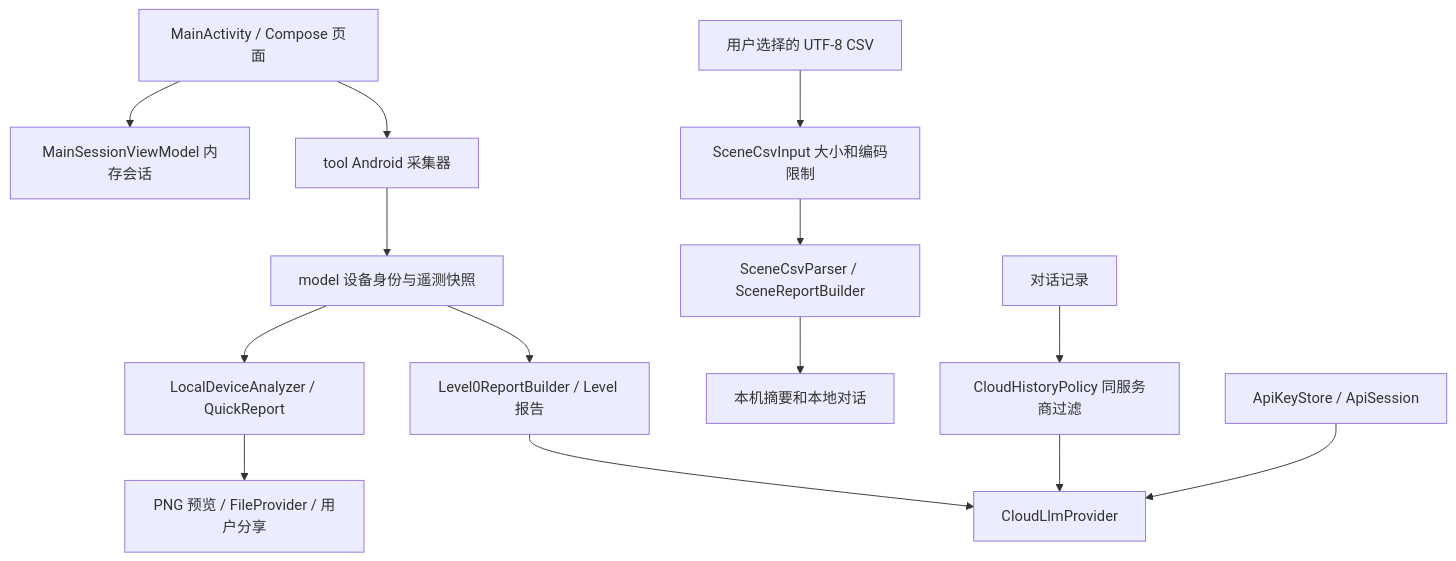
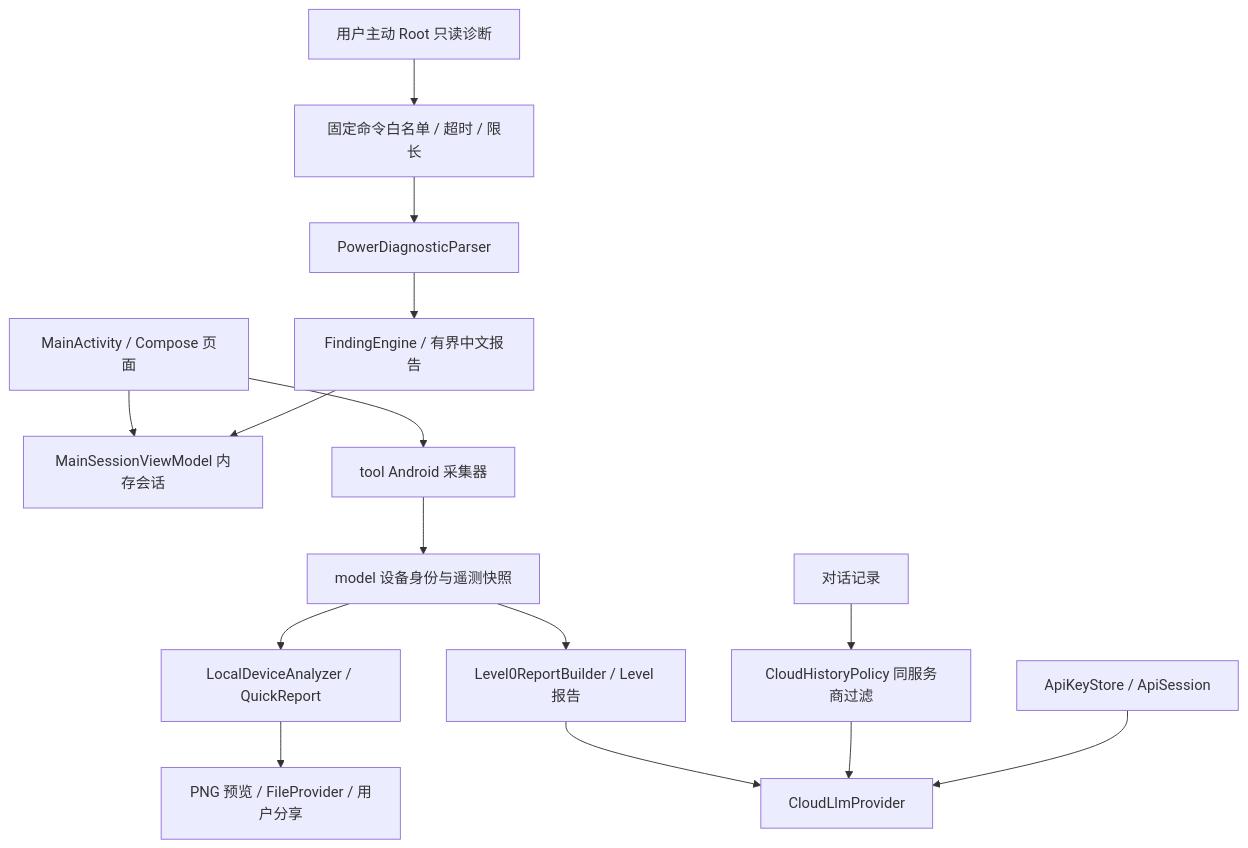
Before and after one commit to lzh2034855417-beep/Android-Personal-Agent: the diagram in docs/ARCHITECTURE.md, drawn with Mermaid. The commit also changed other lines of this file and 12 other files, not shown here.

Commit message:
docs: replace Scene report with power diagnostics

````diff
--- a/docs/ARCHITECTURE.md
+++ b/docs/ARCHITECTURE.md
@@ -9,16 +9,17 @@
 ```mermaid
 flowchart TD
     UI[MainActivity / Compose 页面] --> Session[MainSessionViewModel 内存会话]
     UI --> Collect[tool Android 采集器]
     Collect --> Model[model 设备身份与遥测快照]
-    CSV[用户选择的 UTF-8 CSV] --> Limit[SceneCsvInput 大小和编码限制]
-    Limit --> Parse[SceneCsvParser / SceneReportBuilder]
-    Parse --> Local[本机摘要和本地对话]
+    Root[用户主动 Root 只读诊断] --> Allow[固定命令白名单 / 超时 / 限长]
+    Allow --> Parse[PowerDiagnosticParser]
+    Parse --> Findings[FindingEngine / 有界中文报告]
+    Findings --> Session
     Model --> Rules[LocalDeviceAnalyzer / QuickReport]
     Model --> Report[Level0ReportBuilder / Level 报告]
     Report --> Cloud[CloudLlmProvider]
     History[对话记录] --> Policy[CloudHistoryPolicy 同服务商过滤]
     Policy --> Cloud
     Keys[ApiKeyStore / ApiSession] --> Cloud
     Rules --> Share[PNG 预览 / FileProvider / 用户分享]
 ```
````
